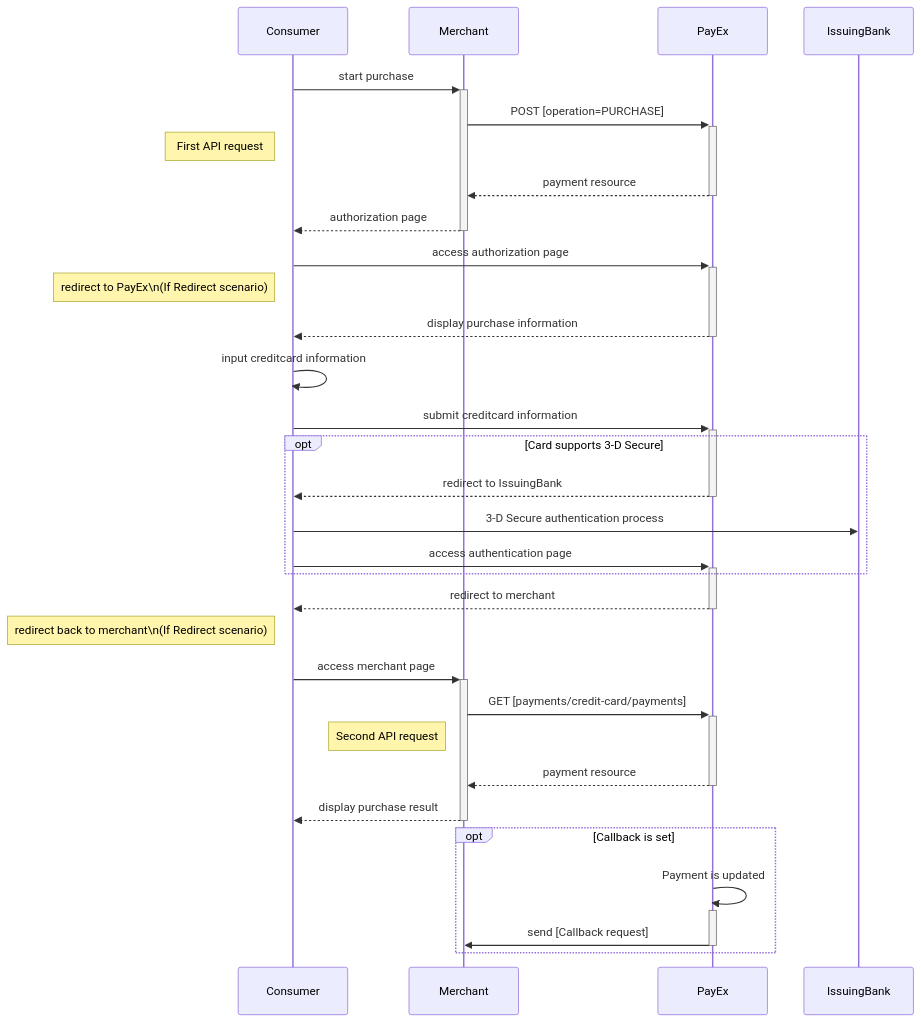
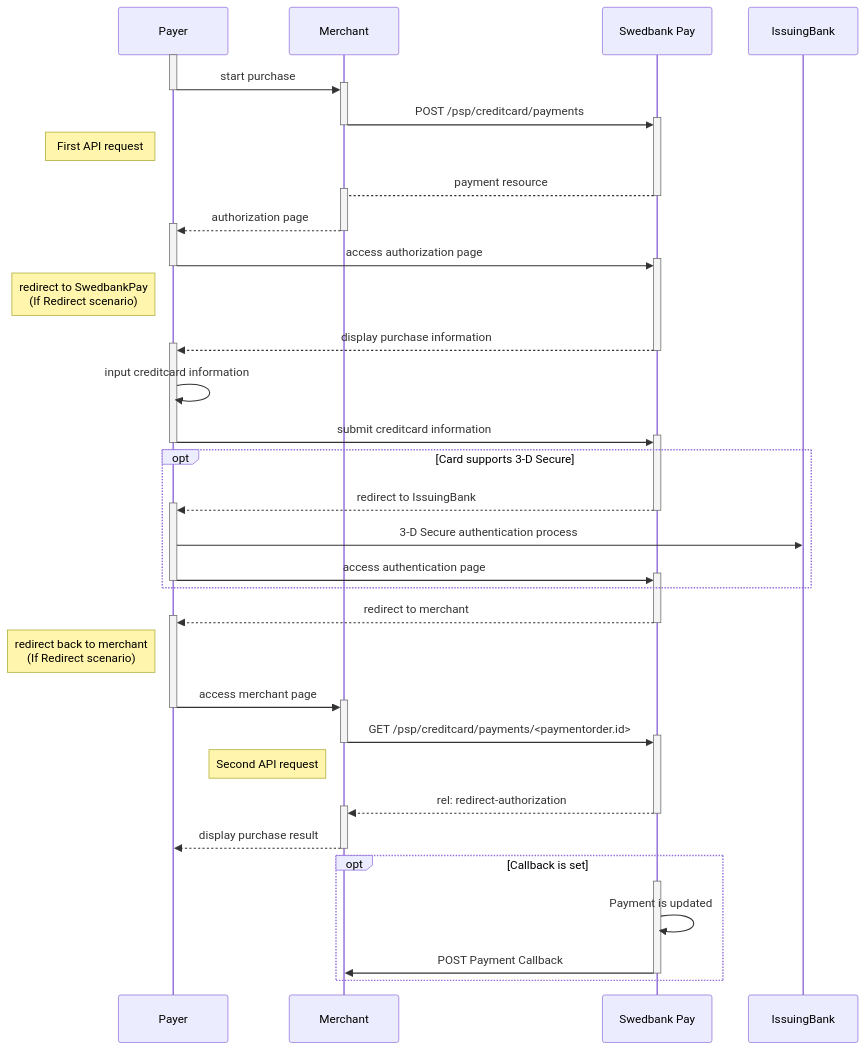
One commit to SwedbankPay/developer.swedbankpay.com changed the second of 4 diagrams in payments/credit-card/redirect.md. Above: the diagram before and after it, drawn with Mermaid. The commit also changed other lines of this file and 3 other files, not shown here.

Commit message:
DX-384 editing sequence diagram in Introduction

````diff
--- a/payments/credit-card/redirect.md
+++ b/payments/credit-card/redirect.md
@@ -132,44 +144,54 @@
 ```mermaid
 sequenceDiagram
-  Consumer->>+Merchant: start purchase
-  Merchant->>+PayEx: POST [operation=PURCHASE]
-  note left of Consumer: First API request
-  PayEx-->>Merchant: payment resource
-  deactivate PayEx
-  Merchant-->>Consumer: authorization page
+    participant Payer
+    participant Merchant
+    participant SwedbankPay as Swedbank Pay
+
+  activate Payer
+  Payer->>+Merchant: start purchase
+  deactivate Payer
+  Merchant->>+SwedbankPay: POST /psp/creditcard/payments
   deactivate Merchant
+  note left of Payer: First API request
+  SwedbankPay-->+Merchant: payment resource
+  deactivate SwedbankPay
+  Merchant-->>+Payer: authorization page
+  deactivate Merchant
+  Payer->>+SwedbankPay: access authorization page
+  deactivate Payer
+  note left of Payer: redirect to SwedbankPay<br>(If Redirect scenario)
+  SwedbankPay-->>+Payer: display purchase information
+  deactivate SwedbankPay
 
-  Consumer->>+PayEx: access authorization page
-  note left of Consumer: redirect to PayEx\n(If Redirect scenario)
-  PayEx-->>Consumer: display purchase information
-  deactivate PayEx
-
-  Consumer->>Consumer: input creditcard information
-  Consumer->>+PayEx: submit creditcard information
-
+  Payer->>Payer: input creditcard information
+  Payer->>+SwedbankPay: submit creditcard information
+  deactivate Payer
   opt Card supports 3-D Secure
-    PayEx-->>Consumer: redirect to IssuingBank
-    deactivate PayEx
-    Consumer->>IssuingBank: 3-D Secure authentication process
-    Consumer->>+PayEx: access authentication page
+    SwedbankPay-->>+Payer: redirect to IssuingBank
+    deactivate SwedbankPay
+    Payer->>IssuingBank: 3-D Secure authentication process
+    Payer->>+SwedbankPay: access authentication page
+    deactivate Payer
   end
-
-  PayEx-->>Consumer: redirect to merchant
-  deactivate PayEx
-  note left of Consumer: redirect back to merchant\n(If Redirect scenario)
-
-  Consumer->>+Merchant: access merchant page
-  Merchant->>+PayEx: GET [payments/credit-card/payments]
+  
+  SwedbankPay-->>+Payer: redirect to merchant
+  deactivate SwedbankPay
+  note left of Payer: redirect back to merchant<br>(If Redirect scenario)
+  
+  Payer->>+Merchant: access merchant page
+  deactivate Payer
+  Merchant->>+SwedbankPay: GET /psp/creditcard/payments/<paymentorder.id>
+  deactivate Merchant
   note left of Merchant: Second API request
-  PayEx-->>Merchant: payment resource
-  deactivate PayEx
-  Merchant-->>Consumer: display purchase result
+  SwedbankPay-->>+Merchant: rel: redirect-authorization
+  deactivate SwedbankPay
+  Merchant-->>Payer: display purchase result
   deactivate Merchant
 
   opt Callback is set
-    PayEx->>PayEx: Payment is updated
-    activate PayEx
-    PayEx->>Merchant: send [Callback request]
-    deactivate PayEx
+    activate SwedbankPay
+    SwedbankPay->>SwedbankPay: Payment is updated
+    SwedbankPay->>Merchant: POST Payment Callback
+    deactivate SwedbankPay
   end
 ```
````
